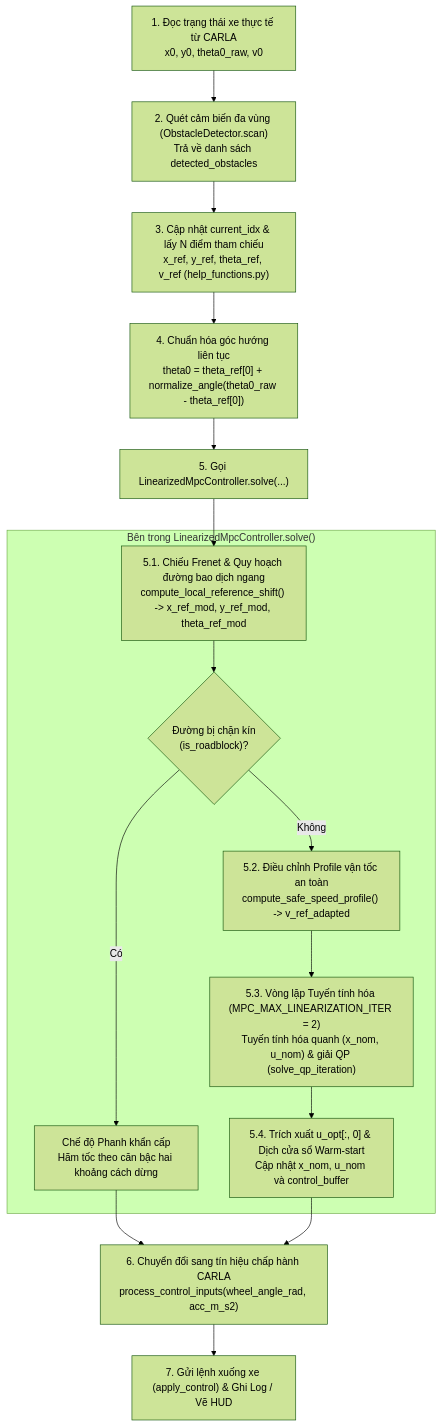
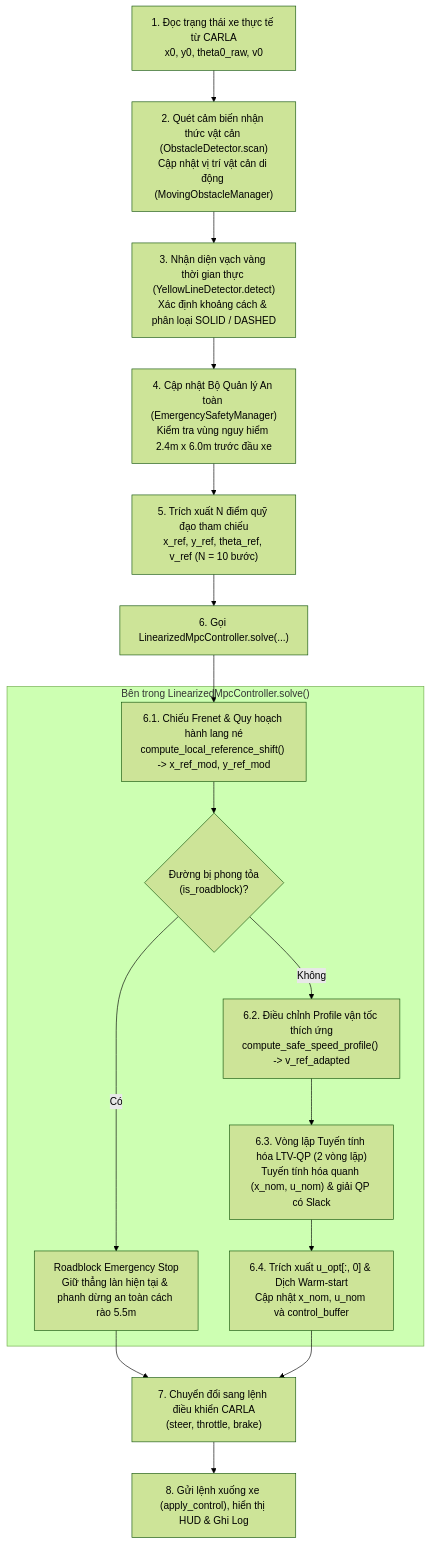
Before and after one commit to vinhle275/Carla-Autonomous-MPC: the diagram in TAI_LIEU_CHI_TIET_HE_THONG_LMPC.md, drawn with Mermaid (forest theme). The commit also changed other lines of this file and 3 other files, not shown here.

Commit message:
fix logic avoid yellow solid line

````diff
--- a/TAI_LIEU_CHI_TIET_HE_THONG_LMPC.md
+++ b/TAI_LIEU_CHI_TIET_HE_THONG_LMPC.md
@@ -44,27 +45,28 @@
 ```mermaid
 flowchart TD
-    A["1. Đọc trạng thái xe thực tế từ CARLA<br/>x0, y0, theta0_raw, v0"] --> B["2. Quét cảm biến đa vùng (ObstacleDetector.scan)<br/>Trả về danh sách detected_obstacles"]
-    B --> C["3. Cập nhật current_idx & lấy N điểm tham chiếu<br/>x_ref, y_ref, theta_ref, v_ref (help_functions.py)"]
-    C --> D["4. Chuẩn hóa góc hướng liên tục<br/>theta0 = theta_ref[0] + normalize_angle(theta0_raw - theta_ref[0])"]
-    D --> E["5. Gọi LinearizedMpcController.solve(...)"]
+    A["1. Đọc trạng thái xe thực tế từ CARLA<br/>x0, y0, theta0_raw, v0"] --> B["2. Quét cảm biến nhận thức vật cản (ObstacleDetector.scan)<br/>Cập nhật vị trí vật cản di động (MovingObstacleManager)"]
+    B --> C["3. Nhận diện vạch vàng thời gian thực (YellowLineDetector.detect)<br/>Xác định khoảng cách & phân loại SOLID / DASHED"]
+    C --> D["4. Cập nhật Bộ Quản lý An toàn (EmergencySafetyManager)<br/>Kiểm tra vùng nguy hiểm 2.4m x 6.0m trước đầu xe"]
+    D --> E["5. Trích xuất N điểm quỹ đạo tham chiếu<br/>x_ref, y_ref, theta_ref, v_ref (N = 10 bước)"]
+    E --> F["6. Gọi LinearizedMpcController.solve(...)"]
     
     subgraph LMPC ["Bên trong LinearizedMpcController.solve()"]
-        E1["5.1. Chiếu Frenet & Quy hoạch đường bao dịch ngang<br/>compute_local_reference_shift() -> x_ref_mod, y_ref_mod, theta_ref_mod"]
-        E2{"Đường bị chặn kín<br/>(is_roadblock)?"}
-        E3["Chế độ Phanh khẩn cấp<br/>Hãm tốc theo căn bậc hai khoảng cách dừng"]
-        E4["5.2. Điều chỉnh Profile vận tốc an toàn<br/>compute_safe_speed_profile() -> v_ref_adapted"]
-        E5["5.3. Vòng lặp Tuyến tính hóa (MPC_MAX_LINEARIZATION_ITER = 2)<br/>Tuyến tính hóa quanh (x_nom, u_nom) & giải QP (solve_qp_iteration)"]
-        E6["5.4. Trích xuất u_opt[:, 0] & Dịch cửa sổ Warm-start<br/>Cập nhật x_nom, u_nom và control_buffer"]
+        F1["6.1. Chiếu Frenet & Quy hoạch hành lang né<br/>compute_local_reference_shift() -> x_ref_mod, y_ref_mod"]
+        F2{"Đường bị phong tỏa<br/>(is_roadblock)?"}
+        F3["Roadblock Emergency Stop<br/>Giữ thẳng làn hiện tại & phanh dừng an toàn cách rào 5.5m"]
+        F4["6.2. Điều chỉnh Profile vận tốc thích ứng<br/>compute_safe_speed_profile() -> v_ref_adapted"]
+        F5["6.3. Vòng lặp Tuyến tính hóa LTV-QP (2 vòng lặp)<br/>Tuyến tính hóa quanh (x_nom, u_nom) & giải QP có Slack"]
+        F6["6.4. Trích xuất u_opt[:, 0] & Dịch Warm-start<br/>Cập nhật x_nom, u_nom và control_buffer"]
         
-        E1 --> E2
-        E2 -- "Có" --> E3
-        E2 -- "Không" --> E4
-        E4 --> E5
-        E5 --> E6
+        F1 --> F2
+        F2 -- "Có" --> F3
+        F2 -- "Không" --> F4
+        F4 --> F5
+        F5 --> F6
     end
     
-    E --> E1
-    E3 --> F["6. Chuyển đổi sang tín hiệu chấp hành CARLA<br/>process_control_inputs(wheel_angle_rad, acc_m_s2)"]
-    E6 --> F
-    F --> G["7. Gửi lệnh xuống xe (apply_control) & Ghi Log / Vẽ HUD"]
+    F --> F1
+    F3 --> G["7. Chuyển đổi sang lệnh điều khiển CARLA<br/>(steer, throttle, brake)"]
+    F6 --> G
+    G --> H["8. Gửi lệnh xuống xe (apply_control), hiển thị HUD & Ghi Log"]
 ```
````
